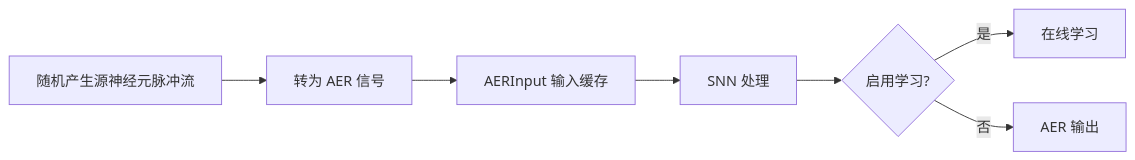
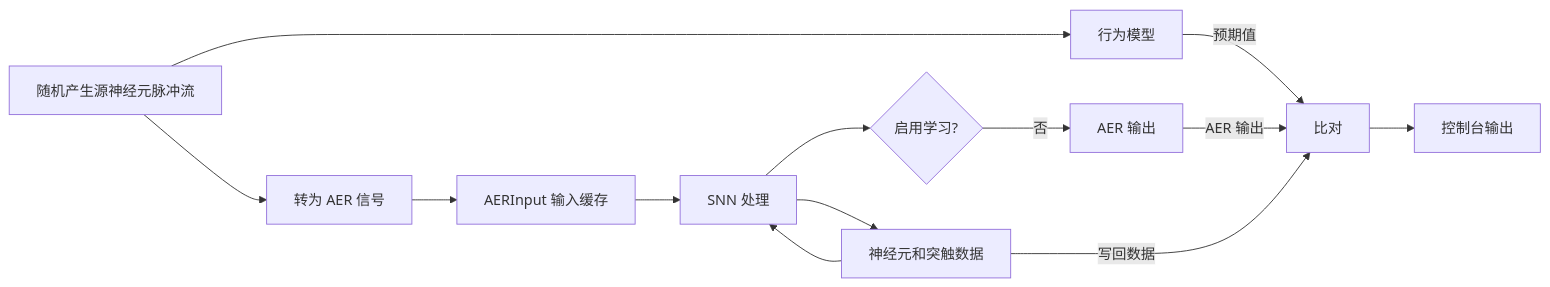
One commit to ETOH6O3/SNN_accelerator changed the second of 2 diagrams in srcs/sim/sim_snn_acc/README.md. Above: the diagram before and after it, drawn with Mermaid. The commit also changed other lines of this file and 6 other files, not shown here.

Commit message:
修改 srcs\sim\sim_snn_acc： - 将测试平台改为有限激励：非学习、STDP、SDSP 三阶段，每阶段 3000 个事件。 - 使用 DUT 实际 RAM 仿真模型的 memory 初始化参考内存。 - 自动检查：   - UPDATE_I / UPDATE_II 神经元计算；   - 读写地址范围；   - 神经元和突触写事务；   - AER 输出数量及目标地址范围。 - 修正 AER 数据有效位问题后的仿真已实际产生输出事件。 - 统一错误统计和 $finish(error_count) 报告。 - 更新了面向导师的简明仿真文档。

````diff
--- a/srcs/sim/sim_snn_acc/README.md
+++ b/srcs/sim/sim_snn_acc/README.md
@@ -32,10 +43,17 @@
 ```mermaid
 flowchart LR
     B[随机产生源神经元脉冲流]
     B --> C[转为 AER 信号]
     C --> D[AERInput 输入缓存]
     D --> G[SNN 处理]
     G --> H{启用学习?}
-    H -->|是| I[在线学习]
     H -->|否| J[AER 输出]
+
+    B --> MODEL[行为模型] -->|预期值| CHECK[比对]
+    J -->|AER 输出| CHECK
+
+    RAM[神经元和突触数据]
+    RAM --> G --> RAM
+    RAM -->|写回数据| CHECK
+    CHECK --> COUT[控制台输出]
 ```
````
